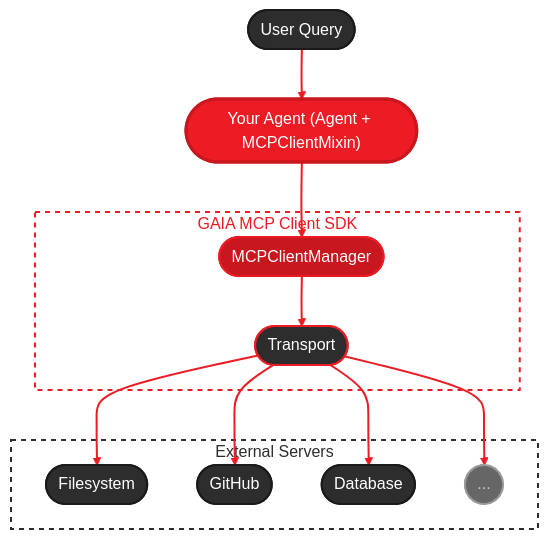
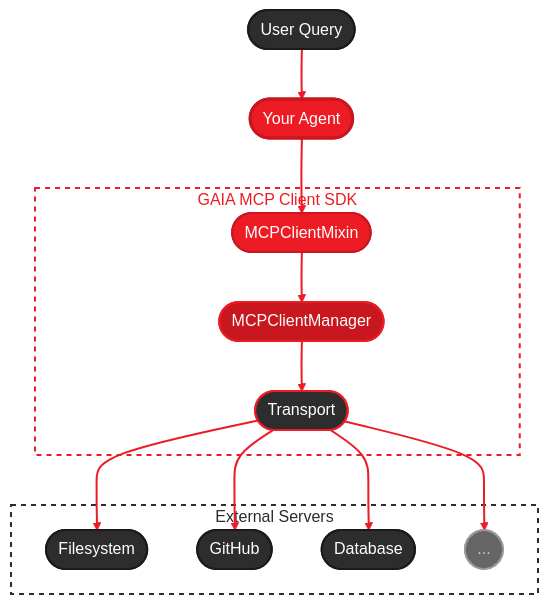
The diagram in docs/guides/mcp/client.mdx (amd/gaia), drawn with Mermaid before and after one commit. The commit also changed other lines of this file and 1 other file, not shown here.

Commit message:
docs: enhance flowcharts in MCP client documentation for clarity and structure

````diff
--- a/docs/guides/mcp/client.mdx
+++ b/docs/guides/mcp/client.mdx
@@ -147,39 +147,42 @@
 ```mermaid
 %%{init: {'theme':'base', 'themeVariables': { 'primaryColor':'#ED1C24', 'primaryTextColor':'#fff', 'primaryBorderColor':'#C8171E', 'lineColor':'#ED1C24', 'secondaryColor':'#2d2d2d', 'tertiaryColor':'#f5f5f5', 'fontFamily': 'system-ui, -apple-system, sans-serif'}, 'flowchart': {'curve': 'basis'}}}%%
 flowchart TB
     User(["User Query"])
-    Agent(["Your Agent (Agent + MCPClientMixin)"])
+    Agent(["Your Agent"])
 
     subgraph GAIAClient ["GAIA MCP Client SDK"]
+        Mixin(["MCPClientMixin"])
         Manager(["MCPClientManager"])
         Transport(["Transport"])
     end
 
     subgraph ExtServers ["External Servers"]
         FS(["Filesystem"])
         GH(["GitHub"])
         DB(["Database"])
         More(["..."])
     end
 
     User --> Agent
-    Agent --> Manager
+    Agent --> Mixin
+    Mixin --> Manager
     Manager --> Transport
     Transport --> FS
     Transport --> GH
     Transport --> DB
     Transport --> More
 
     style User fill:#2d2d2d,stroke:#1a1a1a,stroke-width:2px,color:#fff
     style Agent fill:#ED1C24,stroke:#C8171E,stroke-width:3px,color:#fff
+    style Mixin fill:#ED1C24,stroke:#C8171E,stroke-width:2px,color:#fff
     style Manager fill:#C8171E,stroke:#ED1C24,stroke-width:2px,color:#fff
     style Transport fill:#2d2d2d,stroke:#ED1C24,stroke-width:2px,color:#fff
     style FS fill:#2d2d2d,stroke:#1a1a1a,stroke-width:2px,color:#fff
     style GH fill:#2d2d2d,stroke:#1a1a1a,stroke-width:2px,color:#fff
     style DB fill:#2d2d2d,stroke:#1a1a1a,stroke-width:2px,color:#fff
     style More fill:#666,stroke:#999,stroke-width:2px,color:#ccc,stroke-dasharray:3
     style GAIAClient fill:none,stroke:#ED1C24,stroke-width:2px,stroke-dasharray:5,color:#ED1C24
     style ExtServers fill:none,stroke:#2d2d2d,stroke-width:2px,stroke-dasharray:5,color:#2d2d2d
 
     linkStyle default stroke:#ED1C24,stroke-width:2px
 ```
````
